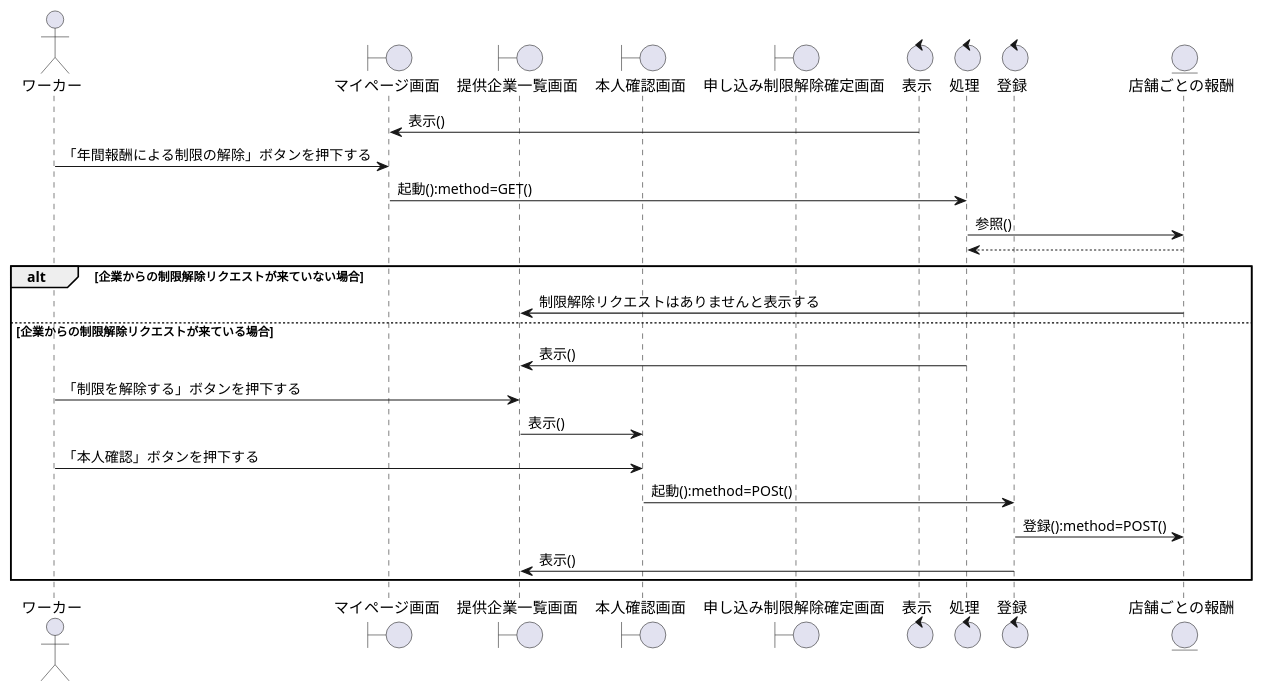
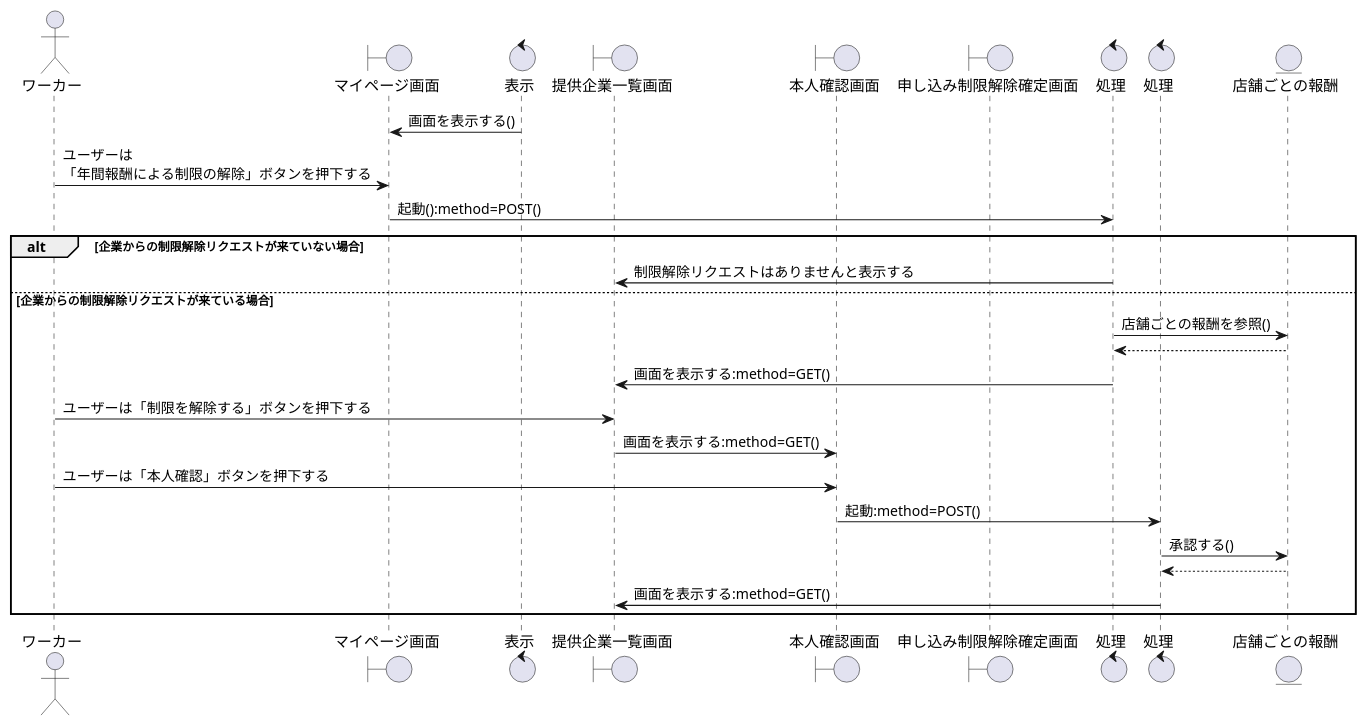
The diagram in sequence_fig/7_acconts_fn/15_年間報酬による制限を解除する.pu (irukacb256/high_Me), drawn with PlantUML before and after one commit. The commit also changed 9 other files, not shown here.

```diff
--- a/sequence_fig/7_acconts_fn/15_年間報酬による制限を解除する.pu
+++ b/sequence_fig/7_acconts_fn/15_年間報酬による制限を解除する.pu
@@ -1,36 +1,38 @@
 @startuml 年間報酬による制限を解除する
 
 actor ワーカー as wo1
 
 boundary マイページ画面 as bo1
+control 表示 as co1
 boundary 提供企業一覧画面 as bo2
 boundary 本人確認画面 as bo3
 boundary 申し込み制限解除確定画面 as bo4
 
-control 表示 as co1
 control 処理 as co2
-control 登録 as co3
+control 処理 as co3
 
 entity 店舗ごとの報酬 as en1
 
-co1 -> bo1:表示()
-wo1 -> bo1:「年間報酬による制限の解除」ボタンを押下する
-bo1 -> co2:起動():method=GET()
-co2 -> en1:参照()
-en1 --> co2
+co1 -> bo1:画面を表示する()
+wo1 -> bo1:ユーザーは\n「年間報酬による制限の解除」ボタンを押下する
+bo1 -> co2:起動():method=POST()
+
 alt 企業からの制限解除リクエストが来ていない場合
-    en1 -> bo2:制限解除リクエストはありませんと表示する
+    co2 -> bo2:制限解除リクエストはありませんと表示する
 
 else 企業からの制限解除リクエストが来ている場合
-    co2 -> bo2:表示()
+    co2 -> en1:店舗ごとの報酬を参照()
+    en1 --> co2
+    co2 -> bo2:画面を表示する:method=GET()
 
-    wo1 -> bo2:「制限を解除する」ボタンを押下する
-    bo2 -> bo3:表示()
-    wo1 -> bo3:「本人確認」ボタンを押下する
-    bo3 -> co3:起動():method=POSt()
-    co3 -> en1:登録():method=POST()
-    co3 -> bo2:表示()
+    wo1 -> bo2:ユーザーは「制限を解除する」ボタンを押下する
+    bo2 -> bo3:画面を表示する:method=GET()
+    wo1 -> bo3:ユーザーは「本人確認」ボタンを押下する
+    bo3 -> co3:起動:method=POST()
+    co3 -> en1:承認する()
+    co3 <-- en1
+    co3 -> bo2:画面を表示する:method=GET()
 
 end
 
 @enduml
```
